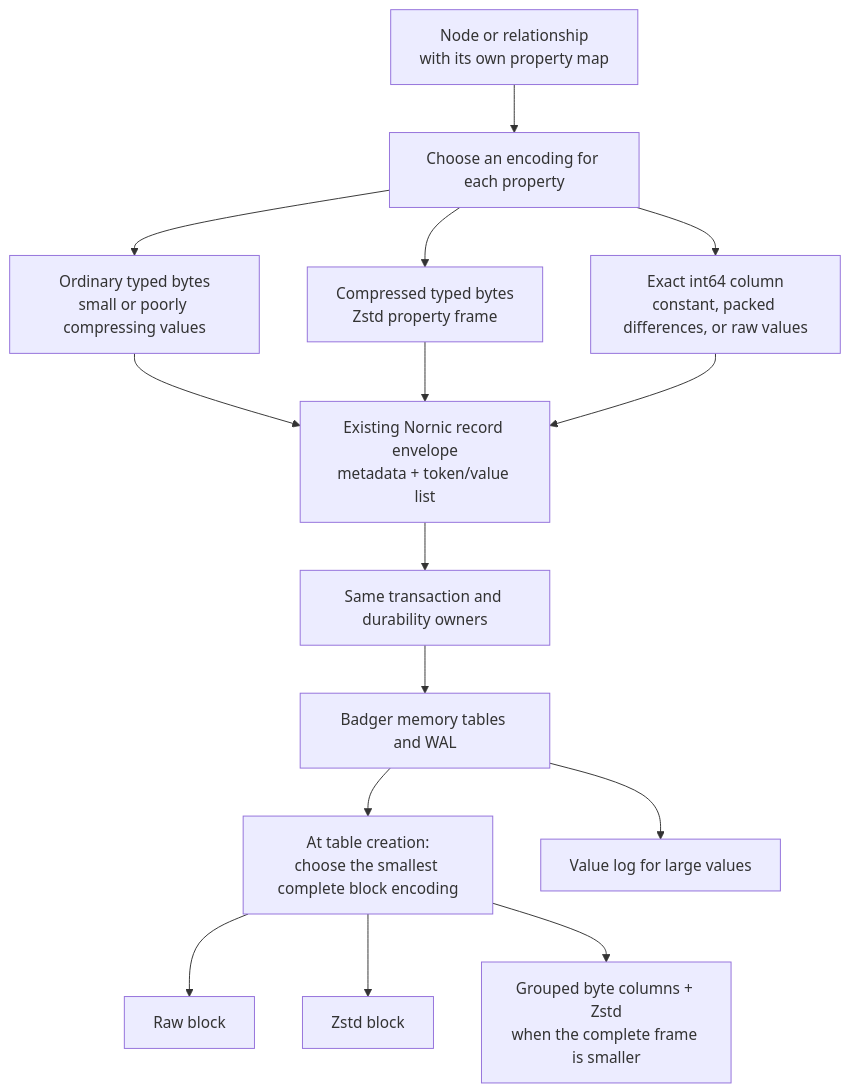
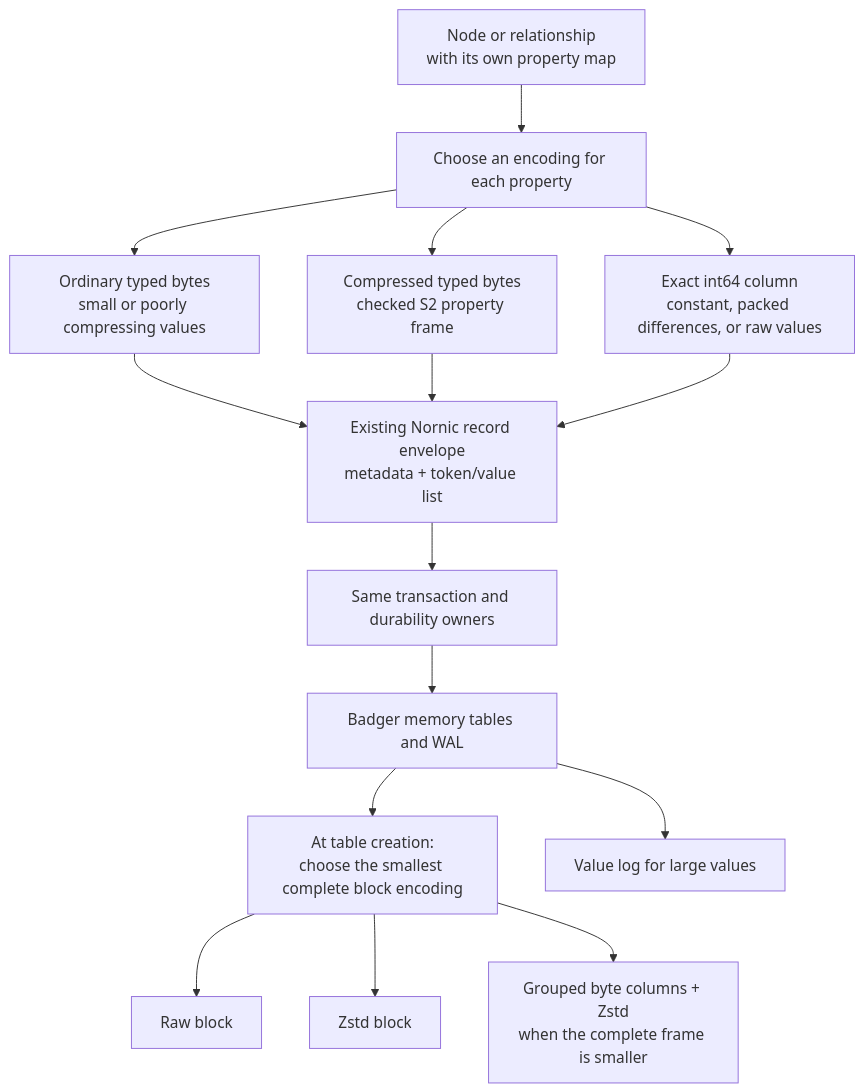
One commit to orneryd/NornicDB changed the second of 3 diagrams in experiments/property-storage/ARCHITECTURE.md. Above: the diagram before and after it, drawn with Mermaid. The commit also changed other lines of this file and 548 other files, not shown here.

````diff
--- a/experiments/property-storage/ARCHITECTURE.md
+++ b/experiments/property-storage/ARCHITECTURE.md
@@ -56,26 +56,26 @@
 ```mermaid
 flowchart TD
     App["Node or relationship<br/>with its own property map"]
     Choose["Choose an encoding for each property"]
     Plain["Ordinary typed bytes<br/>small or poorly compressing values"]
-    Text["Compressed typed bytes<br/>Zstd property frame"]
+    Text["Compressed typed bytes<br/>checked S2 property frame"]
     Numbers["Exact int64 column<br/>constant, packed differences, or raw values"]
     Record["Existing Nornic record envelope<br/>metadata + token/value list"]
     Tx["Same transaction and durability owners"]
     Badger["Badger memory tables and WAL"]
     Pick["At table creation:<br/>choose the smallest complete block encoding"]
     Raw["Raw block"]
     Zstd["Zstd block"]
     Columns["Grouped byte columns + Zstd<br/>when the complete frame is smaller"]
     Vlog["Value log for large values"]
     App --> Choose
     Choose --> Plain --> Record
     Choose --> Text --> Record
     Choose --> Numbers --> Record
     Record --> Tx --> Badger
     Badger --> Pick
     Badger --> Vlog
     Pick --> Raw
     Pick --> Zstd
     Pick --> Columns
 ```
````
